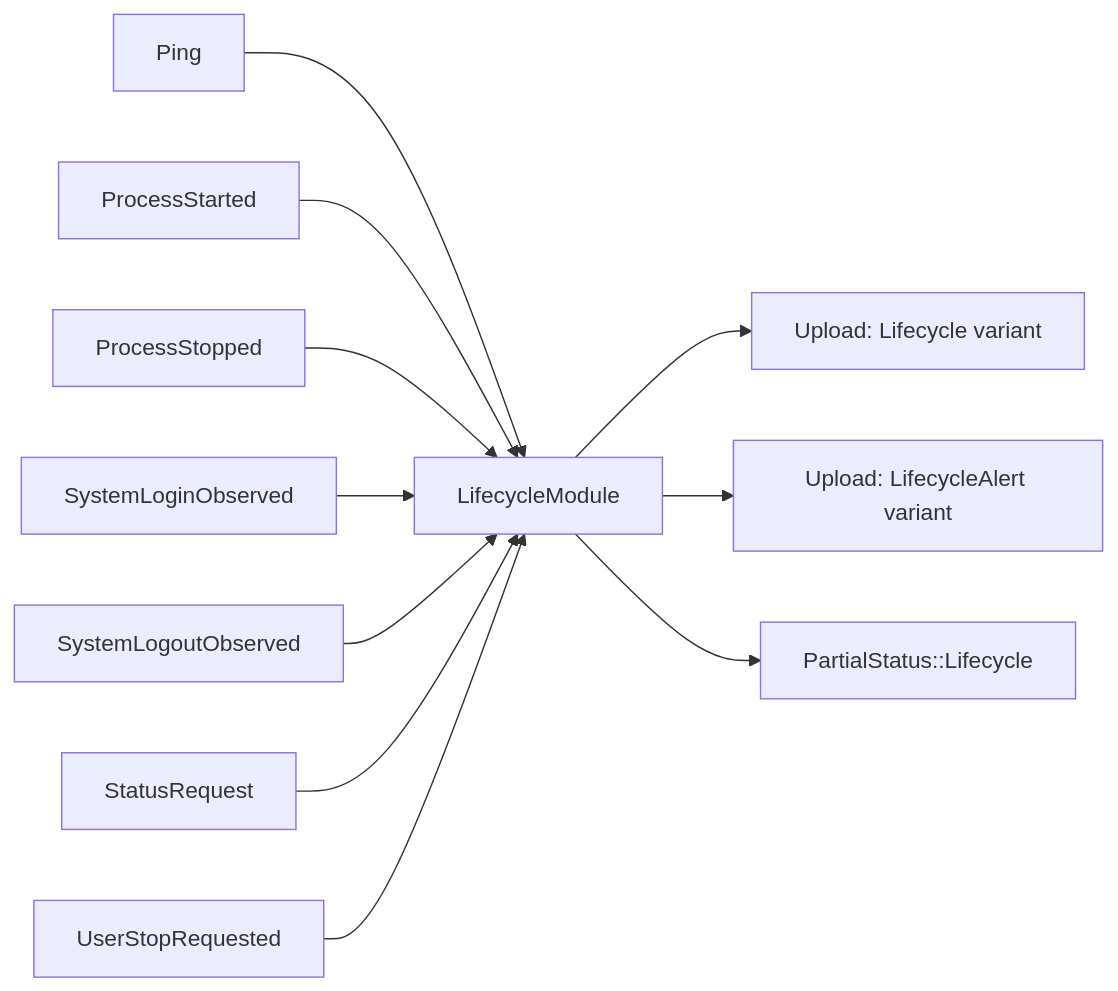
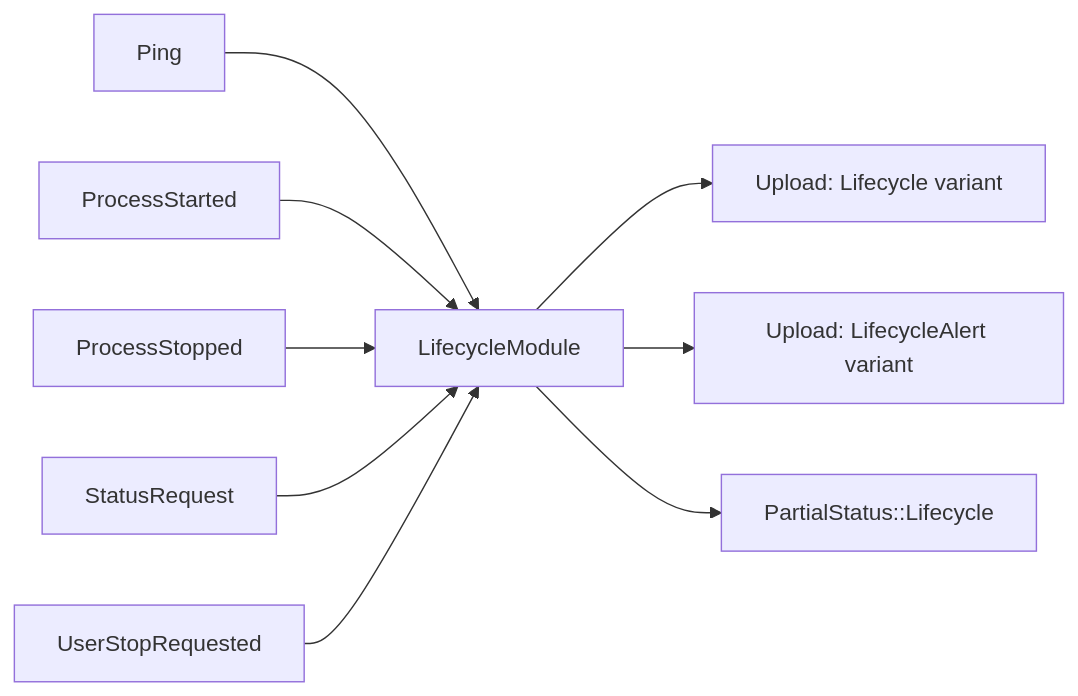
Before and after one commit to virtue-initiative/virtue-initiative: the first of 3 diagrams in landing/src/content/help/developer/lifecycle.md, drawn with Mermaid. The commit also changed other lines of this file and 9 other files, not shown here.

First line of the commit message:
Remove SystemLoginObserved/SystemLogoutObserved, go pure-poll for lifecycle

````diff
--- a/landing/src/content/help/developer/lifecycle.md
+++ b/landing/src/content/help/developer/lifecycle.md
@@ -21,16 +21,14 @@
 ```mermaid
 flowchart LR
     Ping --> Module
     ProcessStarted --> Module
     ProcessStopped --> Module
-    SystemLoginObserved --> Module
-    SystemLogoutObserved --> Module
     StatusRequest --> Module
     UserStopRequested --> Module
 
     Module[LifecycleModule]
 
     Module --> UploadLifecycle[Upload: Lifecycle variant]
     Module --> UploadAlert[Upload: LifecycleAlert variant]
     Module --> PartialStatus[PartialStatus::Lifecycle]
 ```
````
